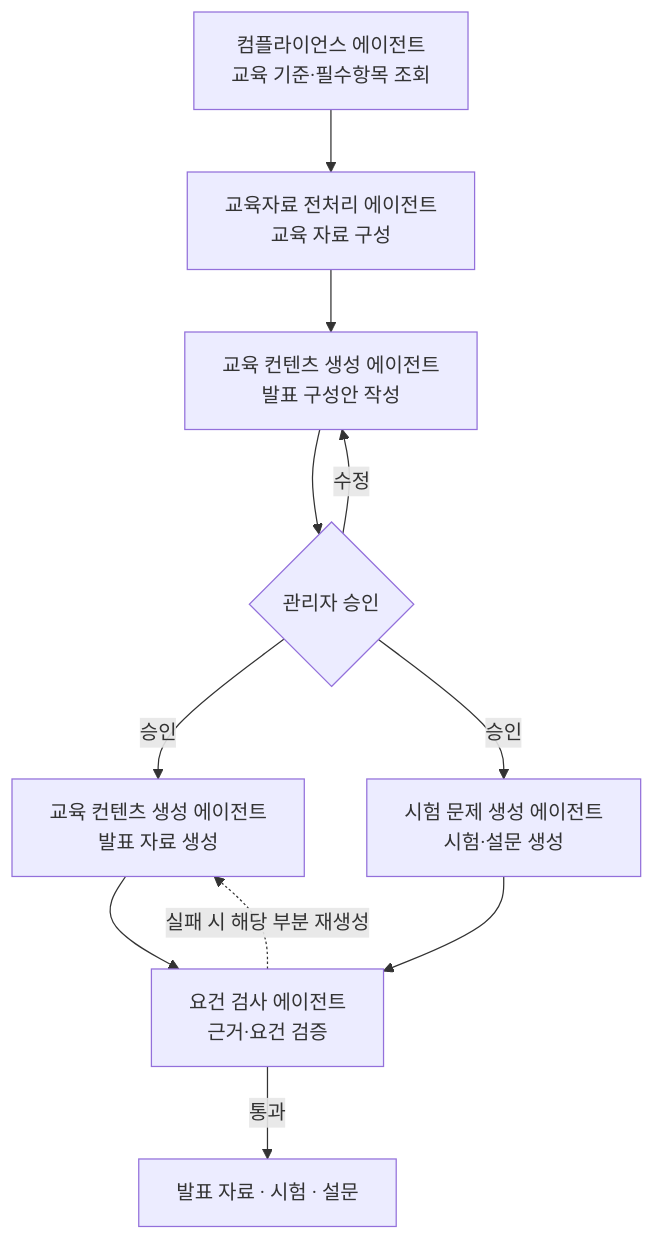
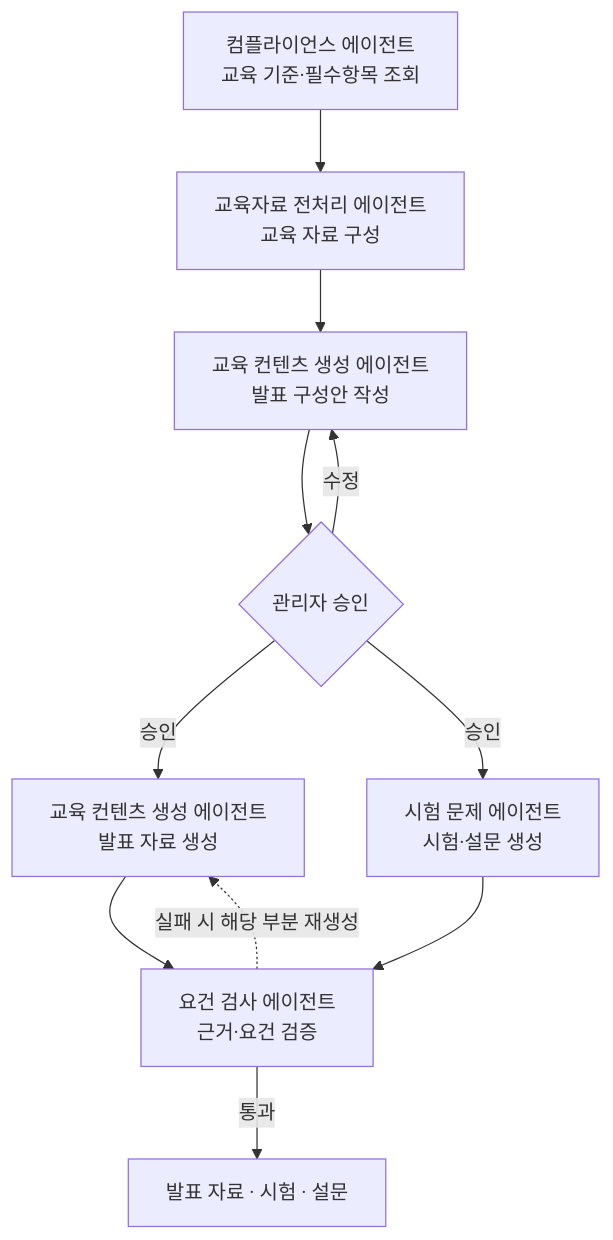
The diagram in docs/scenarios/content-generation.md (Doc-AI-Agent-development/Doc-AI-Agent-development.github.io), drawn with Mermaid before and after one commit. The commit also changed other lines of this file and 3 other files, not shown here.

First line of the commit message:
Align exam agent references to 시험 문제 에이전트

````diff
--- a/docs/scenarios/content-generation.md
+++ b/docs/scenarios/content-generation.md
@@ -27,13 +27,13 @@
 ```mermaid
 flowchart TD
     CMP["컴플라이언스 에이전트<br/>교육 기준·필수항목 조회"] --> PRE["교육자료 전처리 에이전트<br/>교육 자료 구성"]
     PRE --> PLAN["교육 컨텐츠 생성 에이전트<br/>발표 구성안 작성"]
     PLAN --> CK{"관리자 승인"}
     CK -->|"수정"| PLAN
     CK -->|"승인"| GEN["교육 컨텐츠 생성 에이전트<br/>발표 자료 생성"]
-    CK -->|"승인"| EXAM["시험 문제 생성 에이전트<br/>시험·설문 생성"]
+    CK -->|"승인"| EXAM["시험 문제 에이전트<br/>시험·설문 생성"]
     GEN --> CHK["요건 검사 에이전트<br/>근거·요건 검증"]
     EXAM --> CHK
     CHK -->|"통과"| DONE["발표 자료 · 시험 · 설문"]
     CHK -.->|"실패 시 해당 부분 재생성"| GEN
 ```
````
